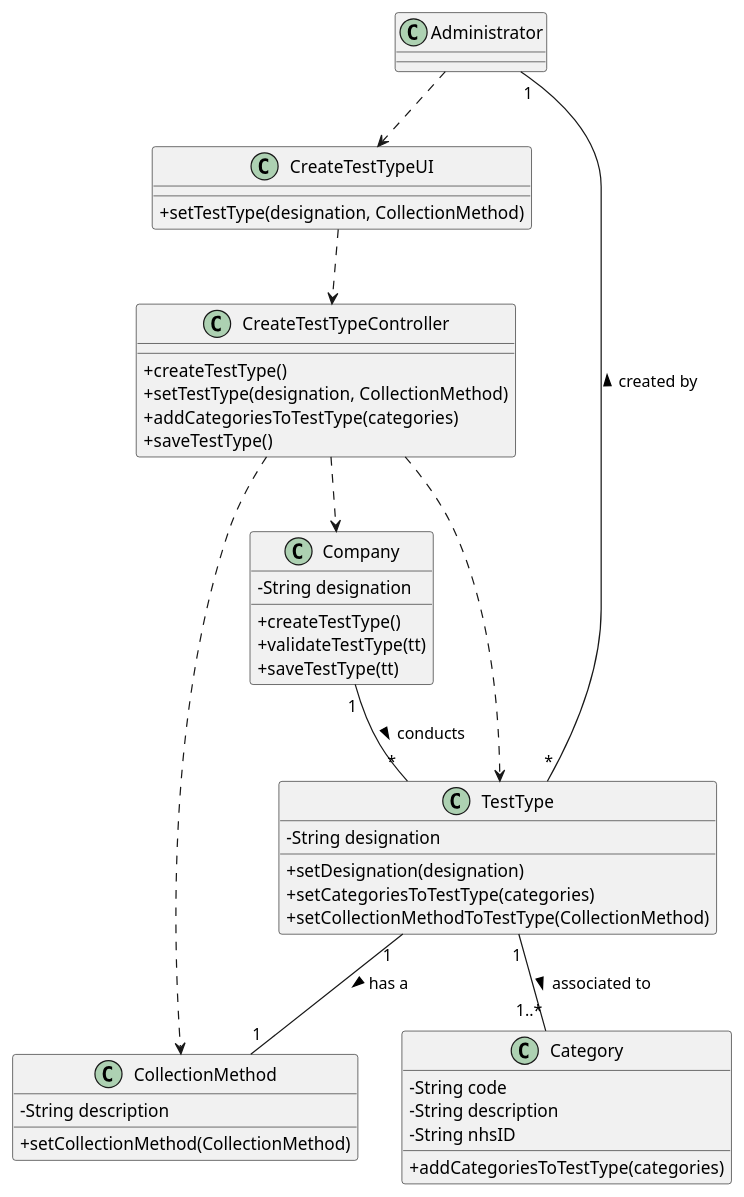
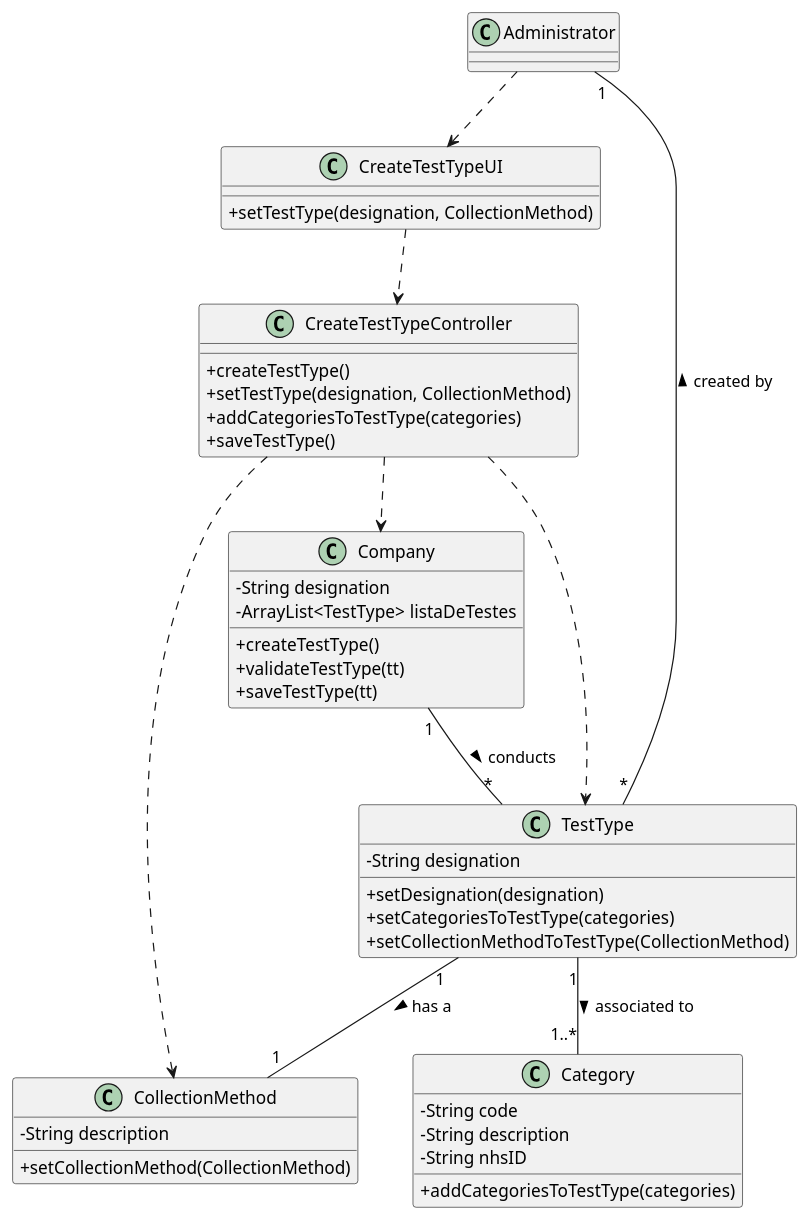
One commit to MadDinosaur/ISEP-LAPR2 changed the diagram in docs/SprintB/US9/US9_CD.puml. Above: the diagram before and after it, drawn with PlantUML. The commit also changed 1 other file, not shown here.

```diff
--- a/docs/SprintB/US9/US9_CD.puml
+++ b/docs/SprintB/US9/US9_CD.puml
@@ -1,49 +1,50 @@
 @startuml
 
 skinparam classAttributeIconSize 0
 
 class Administrator
 class CreateTestTypeUI {
 +setTestType(designation, CollectionMethod)
 }
 class CreateTestTypeController {
 +createTestType()
 +setTestType(designation, CollectionMethod)
 +addCategoriesToTestType(categories)
 +saveTestType()
 }
 class CollectionMethod {
 -String description
 +setCollectionMethod(CollectionMethod)
 }
 class TestType {
 -String designation
 +setDesignation(designation)
 +setCategoriesToTestType(categories)
 +setCollectionMethodToTestType(CollectionMethod)
 }
 class Category {
 -String code
 -String description
 -String nhsID
 +addCategoriesToTestType(categories)
 }
 class Company {
 -String designation
+-ArrayList<TestType> listaDeTestes
 +createTestType()
 +validateTestType(tt)
 +saveTestType(tt)
 }
 
 Administrator ..> CreateTestTypeUI
 CreateTestTypeUI ..> CreateTestTypeController
 TestType "*"-up-"1" Administrator : created by >
 Category "1..*"-up-"1" TestType  : associated to <
 TestType "1"--"1" CollectionMethod : has a  >
 Company "1"-down-"*" TestType : conducts >
 CreateTestTypeController ..> Company
 CreateTestTypeController ..> TestType
 CreateTestTypeController ..> CollectionMethod
 
 
 @enduml
```
